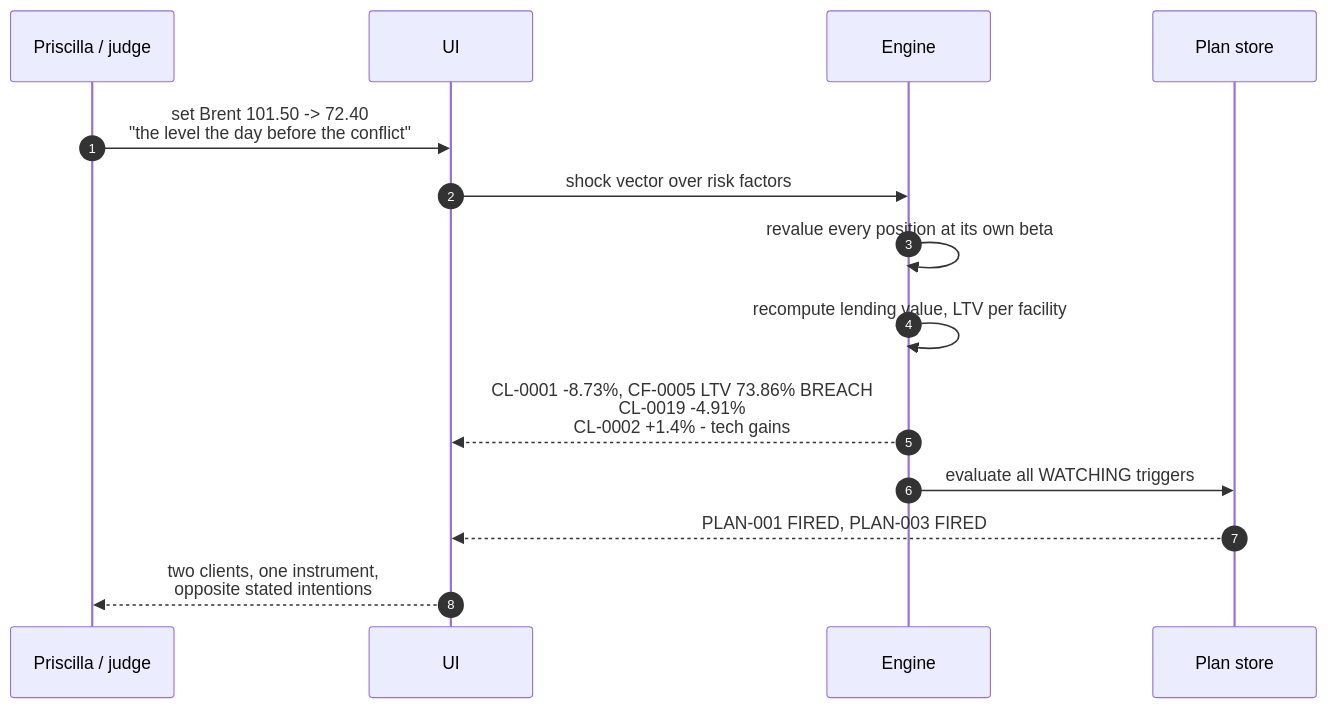
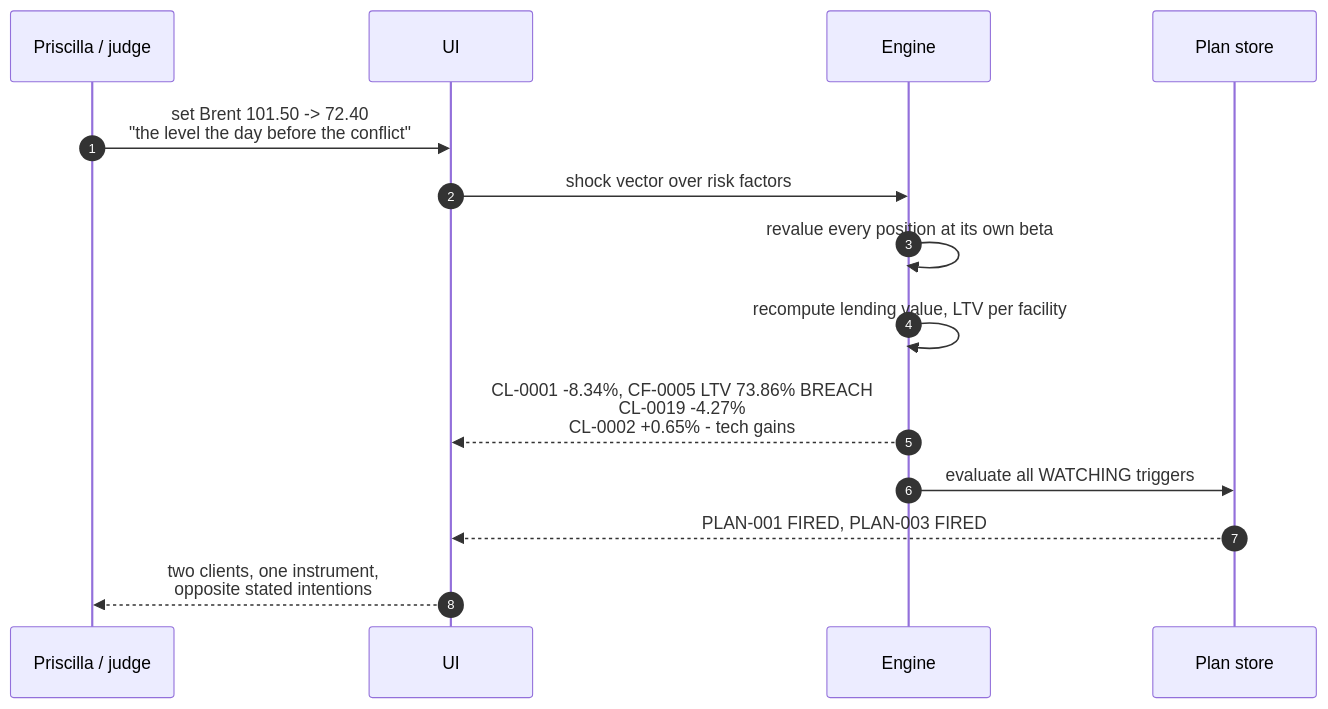
Before and after one commit to conghan-tay/Singhacks: the second of 3 diagrams in contingency-desk/docs/sequence.md, drawn with Mermaid. The commit also changed 16 other files, not shown here.

````diff
--- a/contingency-desk/docs/sequence.md
+++ b/contingency-desk/docs/sequence.md
@@ -53,17 +53,17 @@
 ```mermaid
 sequenceDiagram
     autonumber
     participant P as Priscilla / judge
     participant U as UI
     participant E as Engine
     participant S as Plan store
 
     P->>U: set Brent 101.50 -> 72.40<br/>"the level the day before the conflict"
     U->>E: shock vector over risk factors
     E->>E: revalue every position at its own beta
     E->>E: recompute lending value, LTV per facility
-    E-->>U: CL-0001 -8.73%, CF-0005 LTV 73.86% BREACH<br/>CL-0019 -4.91%<br/>CL-0002 +1.4% - tech gains
+    E-->>U: CL-0001 -8.34%, CF-0005 LTV 73.86% BREACH<br/>CL-0019 -4.27%<br/>CL-0002 +0.65% - tech gains
     E->>S: evaluate all WATCHING triggers
     S-->>U: PLAN-001 FIRED, PLAN-003 FIRED
     U-->>P: two clients, one instrument,<br/>opposite stated intentions
 ```
````
